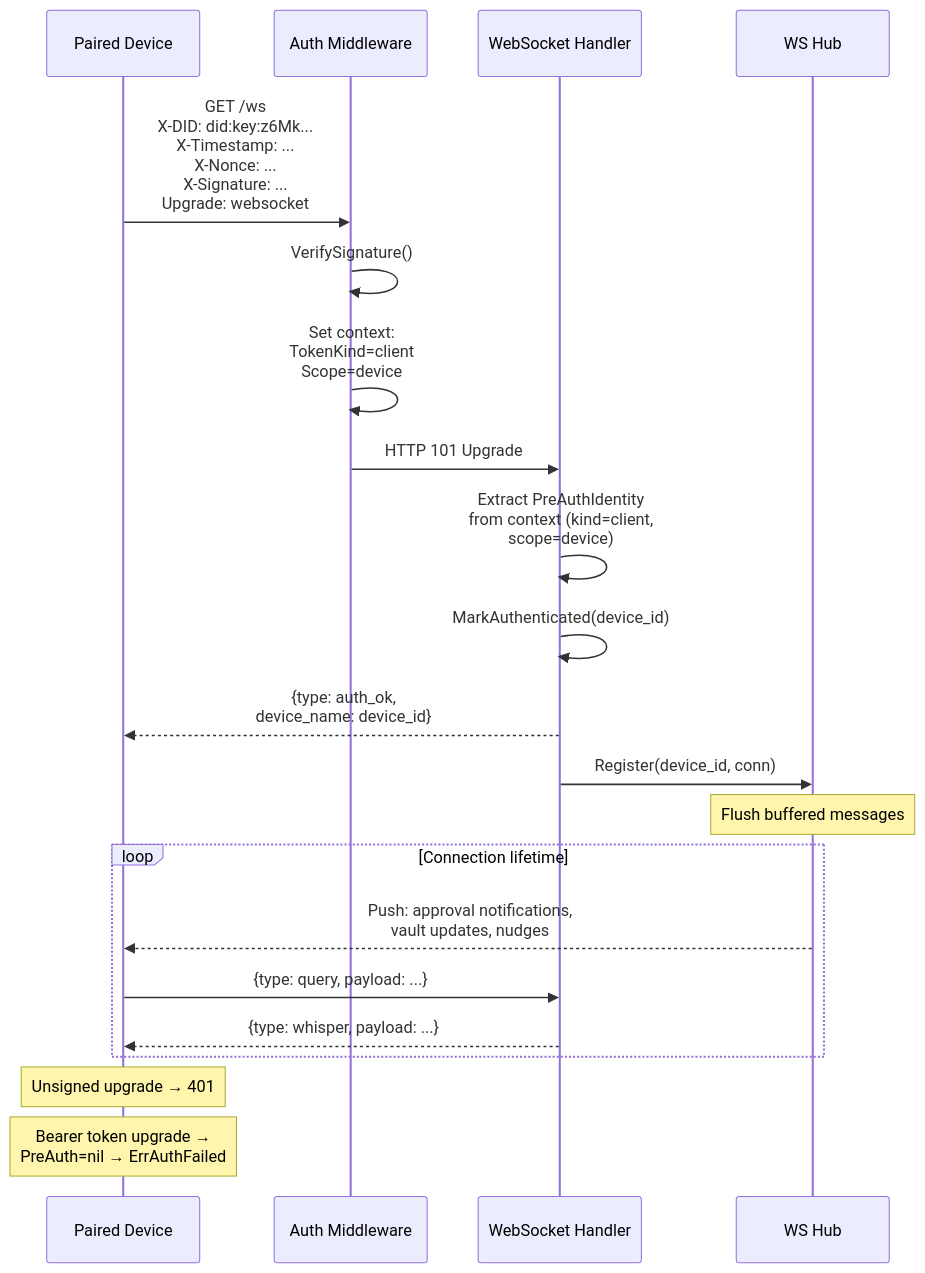
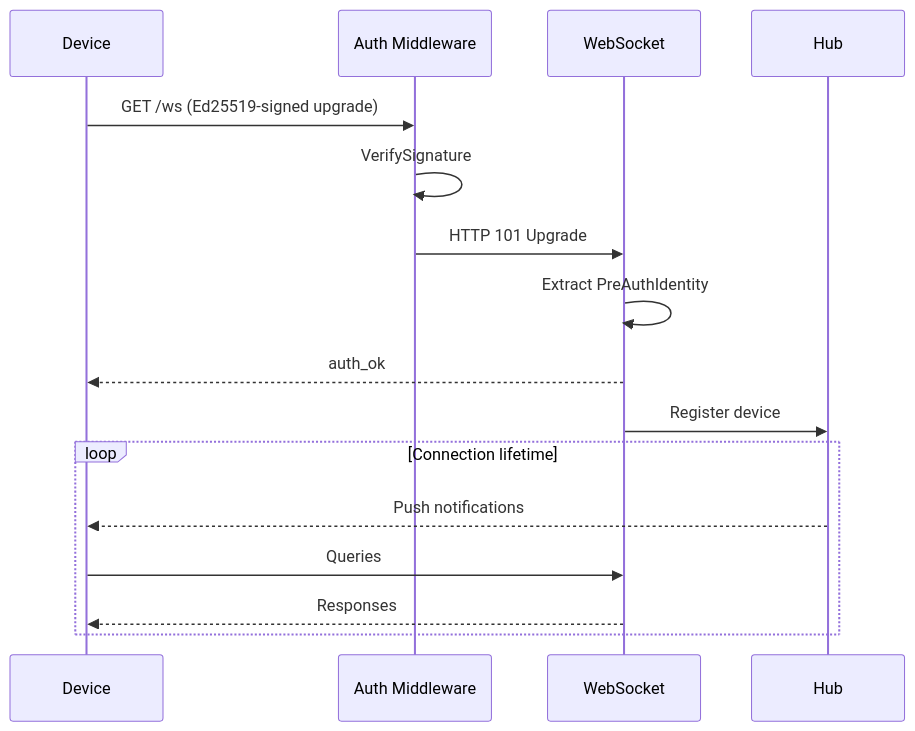
One commit to rajmohanutopai/dina changed diagram 13 of 14 in docs/FLOW_DIAGRAMS.md. Above: the diagram before and after it, drawn with Mermaid. The commit also changed other lines of this file, not shown here.

First line of the commit message:
Rewrite flow diagrams: fix Mermaid errors, add examples, add new flows

````diff
--- a/docs/FLOW_DIAGRAMS.md
+++ b/docs/FLOW_DIAGRAMS.md
@@ -421,33 +434,20 @@
 ```mermaid
 sequenceDiagram
-    participant DEV as Paired Device
+    participant DEV as Device
     participant MW as Auth Middleware
-    participant WS as WebSocket Handler
-    participant HUB as WS Hub
+    participant WS as WebSocket
+    participant HUB as Hub
 
-    DEV->>MW: GET /ws<br/>X-DID: did:key:z6Mk...<br/>X-Timestamp: ...<br/>X-Nonce: ...<br/>X-Signature: ...<br/>Upgrade: websocket
-
-    MW->>MW: VerifySignature()
-    MW->>MW: Set context:<br/>TokenKind=client<br/>Scope=device
-
+    DEV->>MW: GET /ws (Ed25519-signed upgrade)
+    MW->>MW: VerifySignature
     MW->>WS: HTTP 101 Upgrade
-
-    WS->>WS: Extract PreAuthIdentity<br/>from context (kind=client,<br/>scope=device)
-
-    WS->>WS: MarkAuthenticated(device_id)
-
-    WS-->>DEV: {type: auth_ok,<br/>device_name: device_id}
-
-    WS->>HUB: Register(device_id, conn)
-
-    Note over HUB: Flush buffered messages
+    WS->>WS: Extract PreAuthIdentity
+    WS-->>DEV: auth_ok
+    WS->>HUB: Register device
 
     loop Connection lifetime
-        HUB-->>DEV: Push: approval notifications,<br/>vault updates, nudges
-        DEV->>WS: {type: query, payload: ...}
-        WS-->>DEV: {type: whisper, payload: ...}
+        HUB-->>DEV: Push notifications
+        DEV->>WS: Queries
+        WS-->>DEV: Responses
     end
-
-    Note over DEV: Unsigned upgrade → 401
-    Note over DEV: Bearer token upgrade →<br/>PreAuth=nil → ErrAuthFailed
 ```
````
